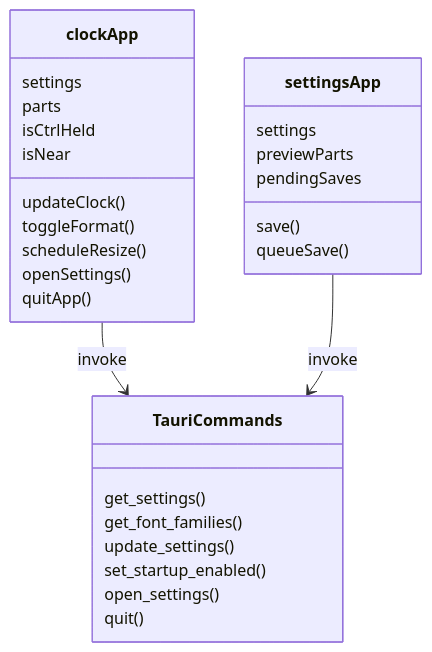
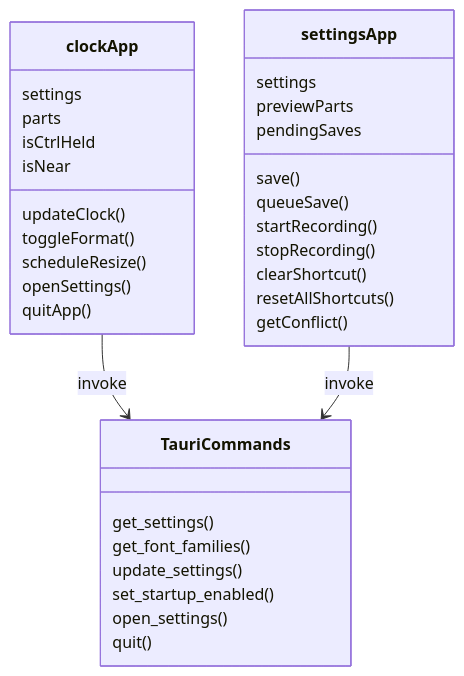
Before and after one commit to tbkmax/TopClock: the first of 2 diagrams in src/doc/workflow_diagram.md, drawn with Mermaid. The commit also changed 17 other files, not shown here.

````diff
--- a/src/doc/workflow_diagram.md
+++ b/src/doc/workflow_diagram.md
@@ -5,31 +5,36 @@
 ```mermaid
 classDiagram
     class clockApp {
       settings
       parts
       isCtrlHeld
       isNear
       updateClock()
       toggleFormat()
       scheduleResize()
       openSettings()
       quitApp()
     }
     class settingsApp {
       settings
       previewParts
       pendingSaves
       save()
       queueSave()
+      startRecording()
+      stopRecording()
+      clearShortcut()
+      resetAllShortcuts()
+      getConflict()
     }
     class TauriCommands {
       get_settings()
       get_font_families()
       update_settings()
       set_startup_enabled()
       open_settings()
       quit()
     }
     clockApp --> TauriCommands : invoke
     settingsApp --> TauriCommands : invoke
 ```
````
